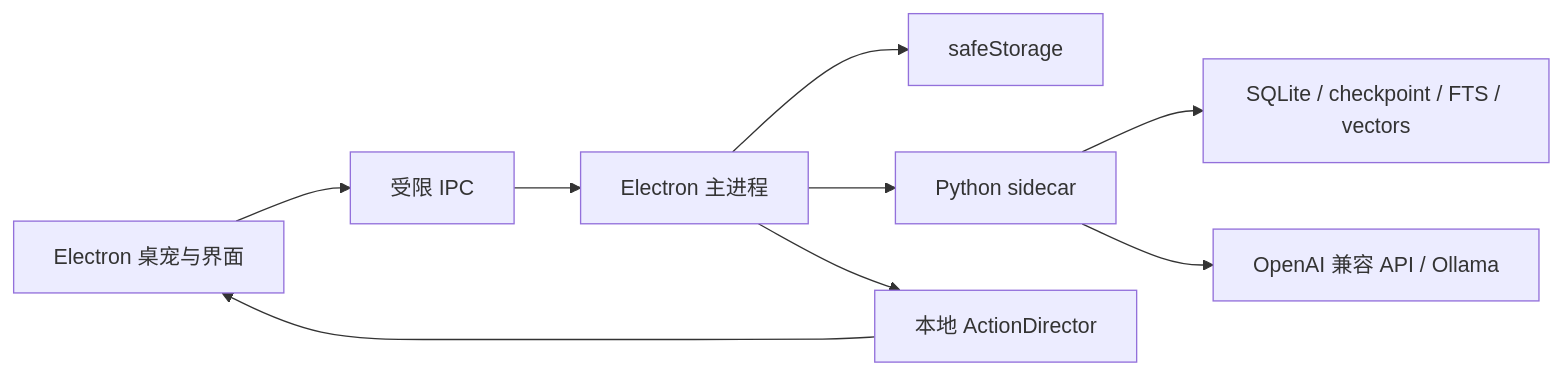
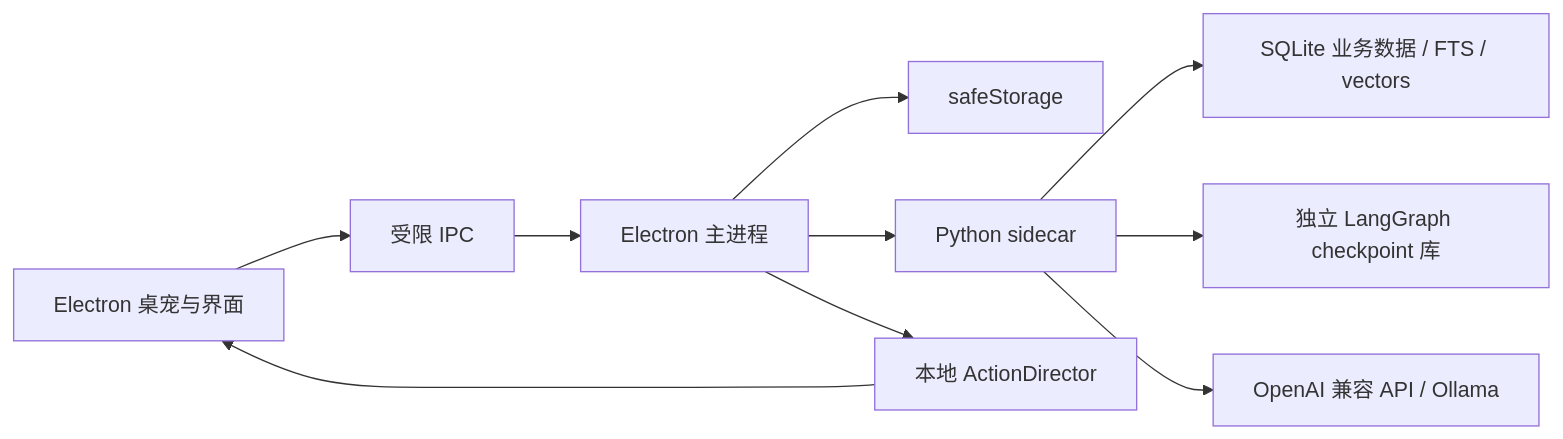
Before and after one commit to DoubleYellow-key/Everby: the diagram in README.md, drawn with Mermaid. The commit also changed other lines of this file and 10 other files, not shown here.

````diff
--- a/README.md
+++ b/README.md
@@ -68,11 +68,12 @@
 ```mermaid
 flowchart LR
     UI["Electron 桌宠与界面"] --> IPC["受限 IPC"]
     IPC --> MAIN["Electron 主进程"]
     MAIN --> SECRET["safeStorage"]
     MAIN --> AGENT["Python sidecar"]
-    AGENT --> DB["SQLite / checkpoint / FTS / vectors"]
+    AGENT --> DB["SQLite 业务数据 / FTS / vectors"]
+    AGENT --> CHECKPOINT["独立 LangGraph checkpoint 库"]
     AGENT --> MODEL["OpenAI 兼容 API / Ollama"]
     MAIN --> MOTION["本地 ActionDirector"]
     MOTION --> UI
 ```
````
